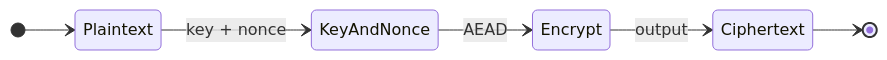
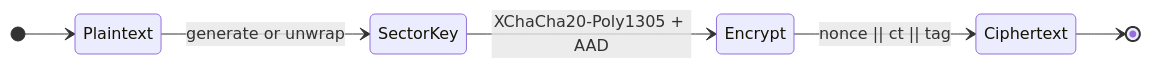
Before and after one commit to mightypex2-ux/the-grid: the second of 3 diagrams in docs/spec/v0.1.0/10-crypto.md, drawn with Mermaid. The commit also changed other lines of this file and 93 other files, not shown here.

````diff
--- a/docs/spec/v0.1.0/10-crypto.md
+++ b/docs/spec/v0.1.0/10-crypto.md
@@ -65,9 +397,9 @@
 ```mermaid
 stateDiagram-v2
     direction LR
     [*] --> Plaintext
-    Plaintext --> KeyAndNonce: key + nonce
-    KeyAndNonce --> Encrypt: AEAD
-    Encrypt --> Ciphertext: output
+    Plaintext --> SectorKey: generate or unwrap
+    SectorKey --> Encrypt: XChaCha20-Poly1305 + AAD
+    Encrypt --> Ciphertext: nonce || ct || tag
     Ciphertext --> [*]
 ```
````
